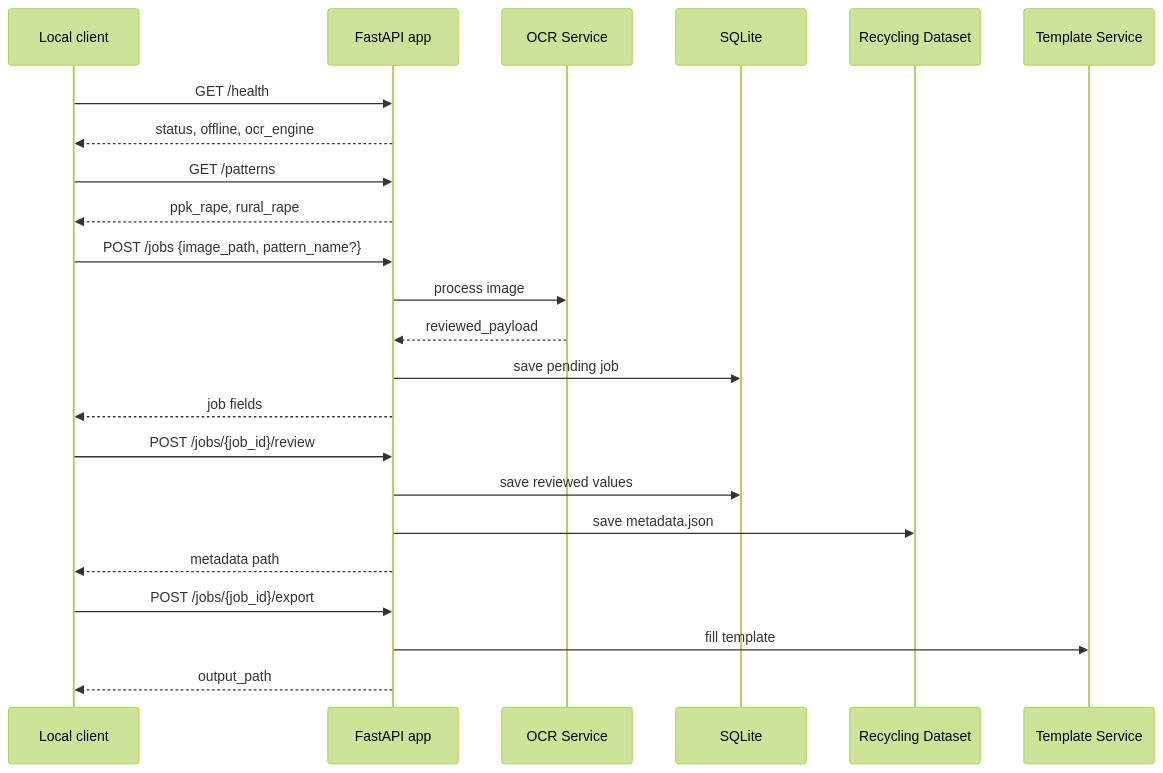
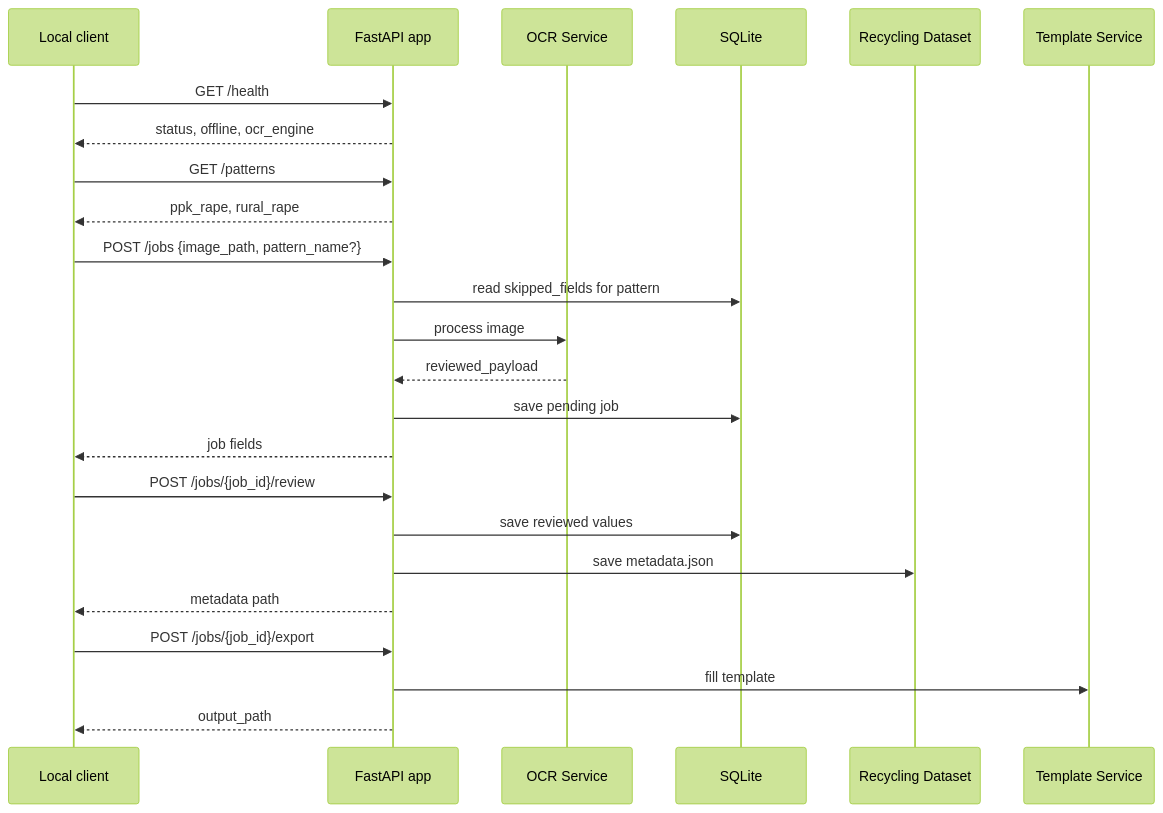
The seventh of 9 diagrams in docs/architecture.md (DoctorKS/Rape_OCR), drawn with Mermaid (forest theme) before and after one commit. The commit also changed other lines of this file and 8 other files, not shown here.

Commit message:
feat: remember skipped OCR fields from review

````diff
--- a/docs/architecture.md
+++ b/docs/architecture.md
@@ -169,26 +173,27 @@
 ```mermaid
 sequenceDiagram
     participant Client as Local client
     participant API as FastAPI app
     participant OCR as OCR Service
     participant DB as SQLite
     participant DS as Recycling Dataset
     participant DOCX as Template Service
 
     Client->>API: GET /health
     API-->>Client: status, offline, ocr_engine
     Client->>API: GET /patterns
     API-->>Client: ppk_rape, rural_rape
     Client->>API: POST /jobs {image_path, pattern_name?}
+    API->>DB: read skipped_fields for pattern
     API->>OCR: process image
     OCR-->>API: reviewed_payload
     API->>DB: save pending job
     API-->>Client: job fields
     Client->>API: POST /jobs/{job_id}/review
     API->>DB: save reviewed values
     API->>DS: save metadata.json
     API-->>Client: metadata path
     Client->>API: POST /jobs/{job_id}/export
     API->>DOCX: fill template
     API-->>Client: output_path
 ```
````
